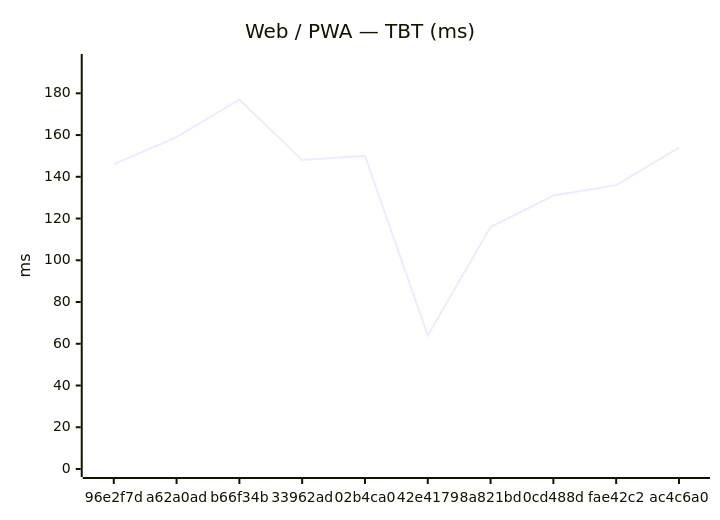
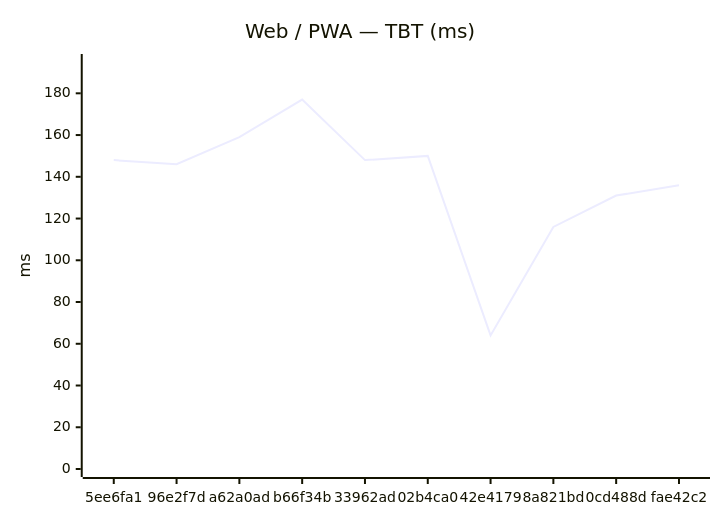
The second of 18 diagrams in benchmarks/compare.md (Metaheurist/Rianell), drawn with Mermaid before and after one commit. The commit also changed other lines of this file and 11 other files, not shown here.

````diff
--- a/benchmarks/compare.md
+++ b/benchmarks/compare.md
@@ -31,7 +31,7 @@
 ```mermaid
 xychart-beta
     title "Web / PWA — TBT (ms)"
-    x-axis ["96e2f7d", "a62a0ad", "b66f34b", "33962ad", "02b4ca0", "42e4179", "8a821bd", "0cd488d", "fae42c2", "ac4c6a0"]
+    x-axis ["5ee6fa1", "96e2f7d", "a62a0ad", "b66f34b", "33962ad", "02b4ca0", "42e4179", "8a821bd", "0cd488d", "fae42c2"]
     y-axis "ms" 0 --> 195
-    line [146, 159, 177, 148, 150, 64, 116, 131, 136, 154]
+    line [148, 146, 159, 177, 148, 150, 64, 116, 131, 136]
 ```
````
